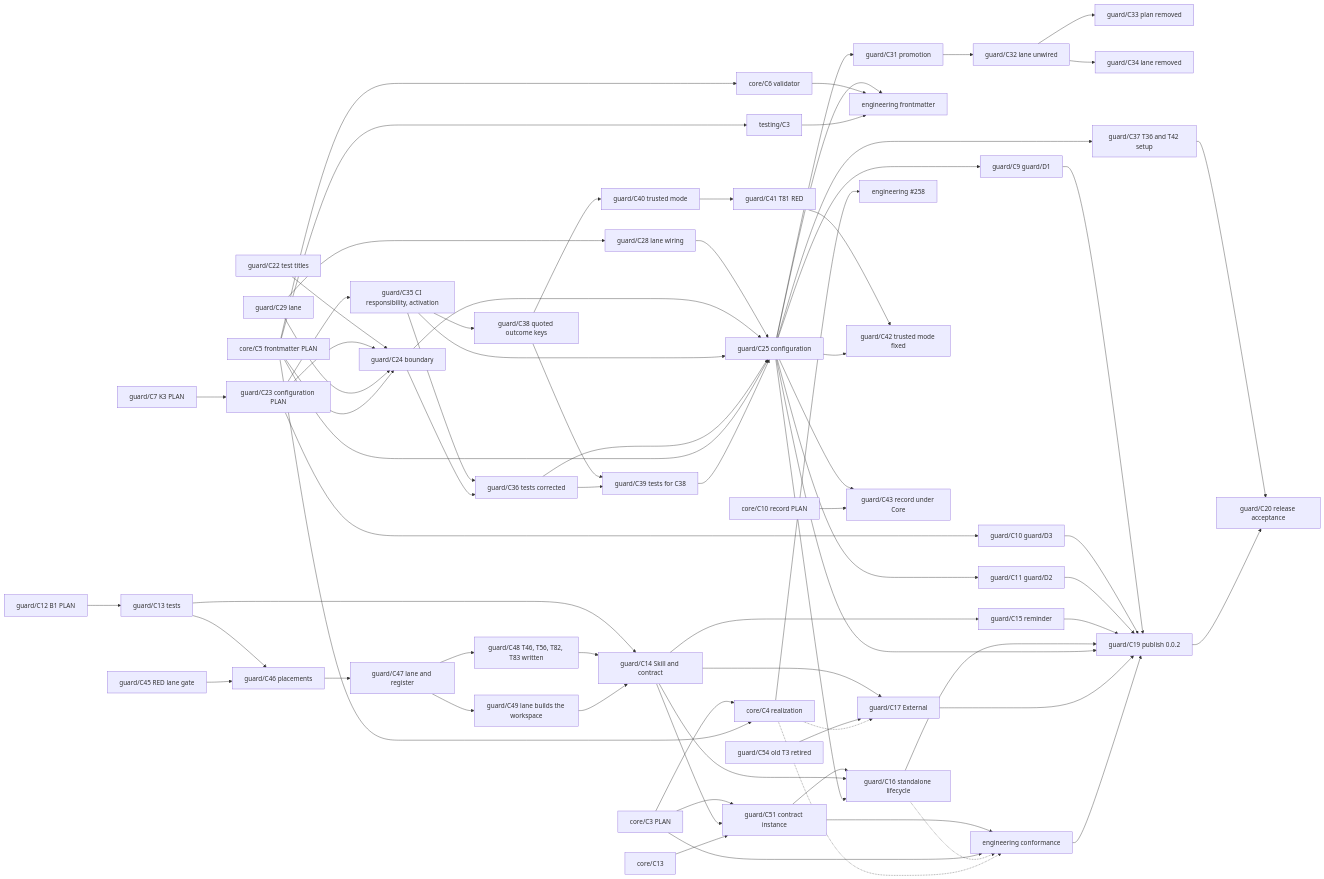
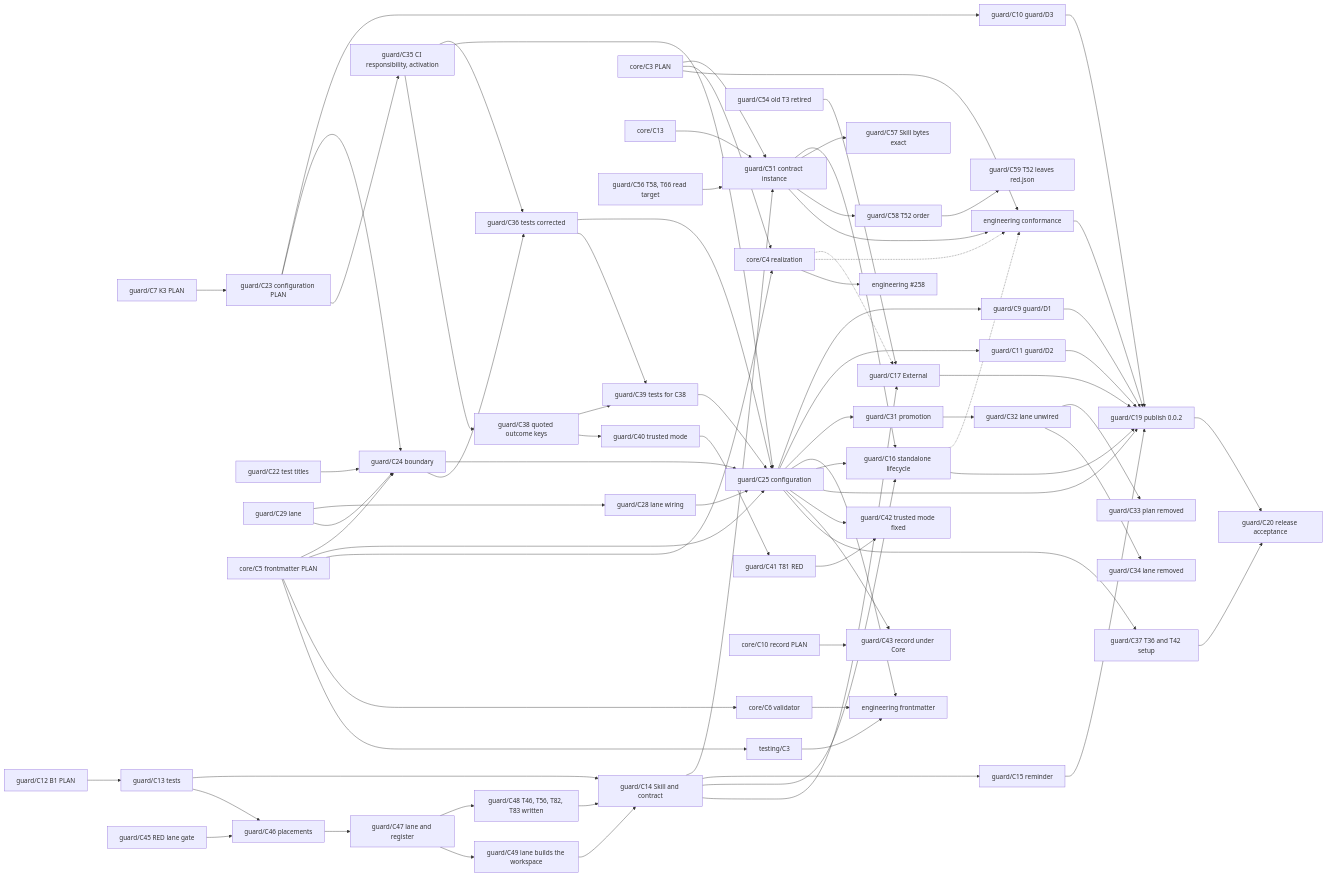
The diagram in engineering/guard/change.md (Kai-Hacks-AI/KAAL), drawn with Mermaid before and after one commit. The commit also changed other lines of this file, not shown here.

Commit message:
guard/C60: map update for guard/C16, guard/C51 and guard/C55–guard/C59

````diff
--- a/engineering/guard/change.md
+++ b/engineering/guard/change.md
@@ -250,76 +255,80 @@
 ```mermaid
 graph LR
   C7[guard/C7 K3 PLAN] --> C23[guard/C23 configuration PLAN]
   C25 --> C9[guard/C9 guard/D1]
   C23 --> C10[guard/C10 guard/D3]
   C25 --> C11[guard/C11 guard/D2]
   C22[guard/C22 test titles] --> C24[guard/C24 boundary]
   C23 --> C24
   C29[guard/C29 lane] --> C28[guard/C28 lane wiring]
   C29 --> C24
   C28 --> C25
   C24 --> C25[guard/C25 configuration]
   C23 --> C35[guard/C35 CI responsibility, activation]
   C35 --> C36[guard/C36 tests corrected]
   C24 --> C36
   C35 --> C25
   C36 --> C25
   C25 --> C31[guard/C31 promotion]
   C31 --> C32[guard/C32 lane unwired]
   C32 --> C33[guard/C33 plan removed]
   C32 --> C34[guard/C34 lane removed]
   FM5 --> C24
   FM5 --> C25
   C25 --> FE
   C12[guard/C12 B1 PLAN] --> C13[guard/C13 tests]
   C13 --> C14[guard/C14 Skill and contract]
   C13 --> C46[guard/C46 placements]
   C45[guard/C45 RED lane gate] --> C46
   C46 --> C47[guard/C47 lane and register]
   C47 --> C48[guard/C48 T46, T56, T82, T83 written]
   C48 --> C14
   C47 --> C49[guard/C49 lane builds the workspace]
   C49 --> C14
   CP[core/C3 PLAN] --> C51
   C14 --> C51[guard/C51 contract instance]
   C13C[core/C13] --> C51
   C51 --> C16
+  C56[guard/C56 T58, T66 read target] --> C51
+  C51 --> C57[guard/C57 Skill bytes exact]
+  C51 --> C58[guard/C58 T52 order]
+  C58 --> C59[guard/C59 T52 leaves red.json]
   C14 --> C15[guard/C15 reminder]
   C14 --> C16[guard/C16 standalone lifecycle]
   C25 --> C16
   C14 --> C17[guard/C17 External]
   C54[guard/C54 old T3 retired] --> C17
   CP --> CR[core/C4 realization]
   FM5[core/C5 frontmatter PLAN] --> CR
   FM5 --> FM6[core/C6 validator]
   FM5 --> TT[testing/C3]
   FM6 --> FE[engineering frontmatter]
   TT --> FE
   CR -.-> C17
   C51 --> EC[engineering conformance]
   CP --> EC
   C16 -.-> EC
   CR -.-> EC
   CR --> EA[engineering #258]
   C9 --> C19[guard/C19 publish 0.0.2]
   C10 --> C19
   C11 --> C19
   C15 --> C19
   C16 --> C19
   C25 --> C19
   C17 --> C19
   EC --> C19
   C35 --> C38[guard/C38 quoted outcome keys]
   C38 --> C39[guard/C39 tests for C38]
   C36 --> C39
   C39 --> C25
   C38 --> C40[guard/C40 trusted mode]
   C40 --> C41[guard/C41 T81 RED]
   C41 --> C42[guard/C42 trusted mode fixed]
   C25 --> C42
   C25 --> C43[guard/C43 record under Core]
   CRC[core/C10 record PLAN] --> C43
   C25 --> C37[guard/C37 T36 and T42 setup]
   C37 --> C20[guard/C20 release acceptance]
   C19 --> C20
 ```
````
